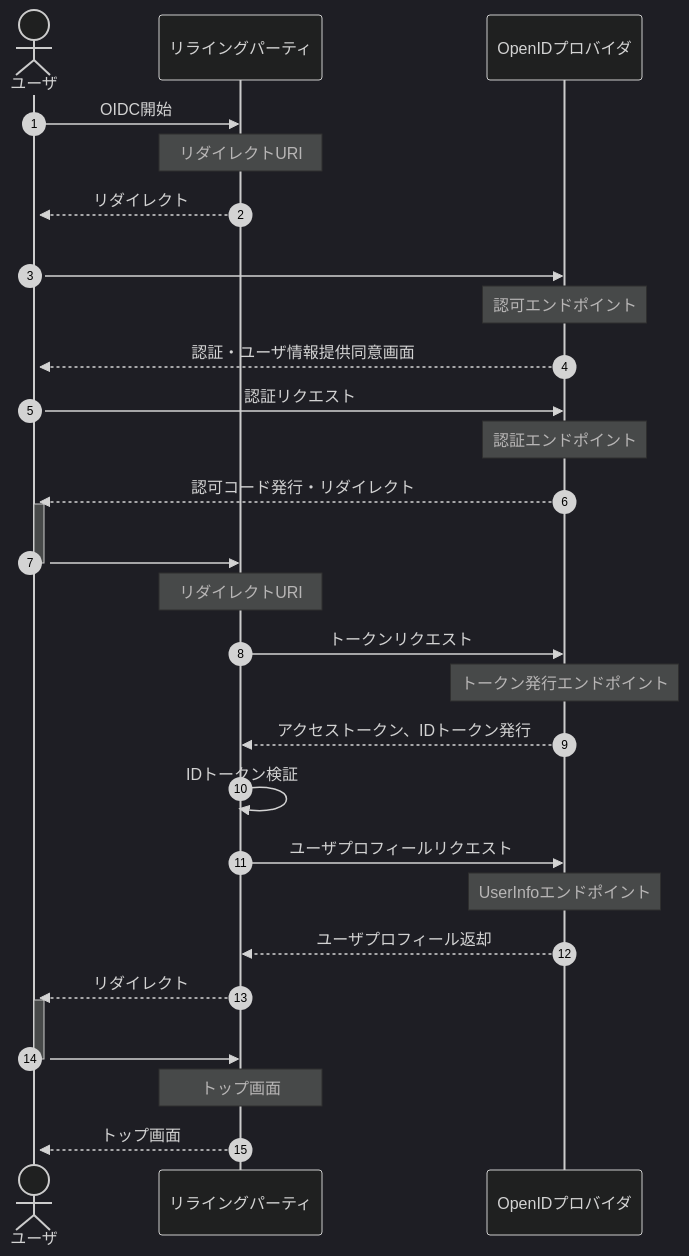
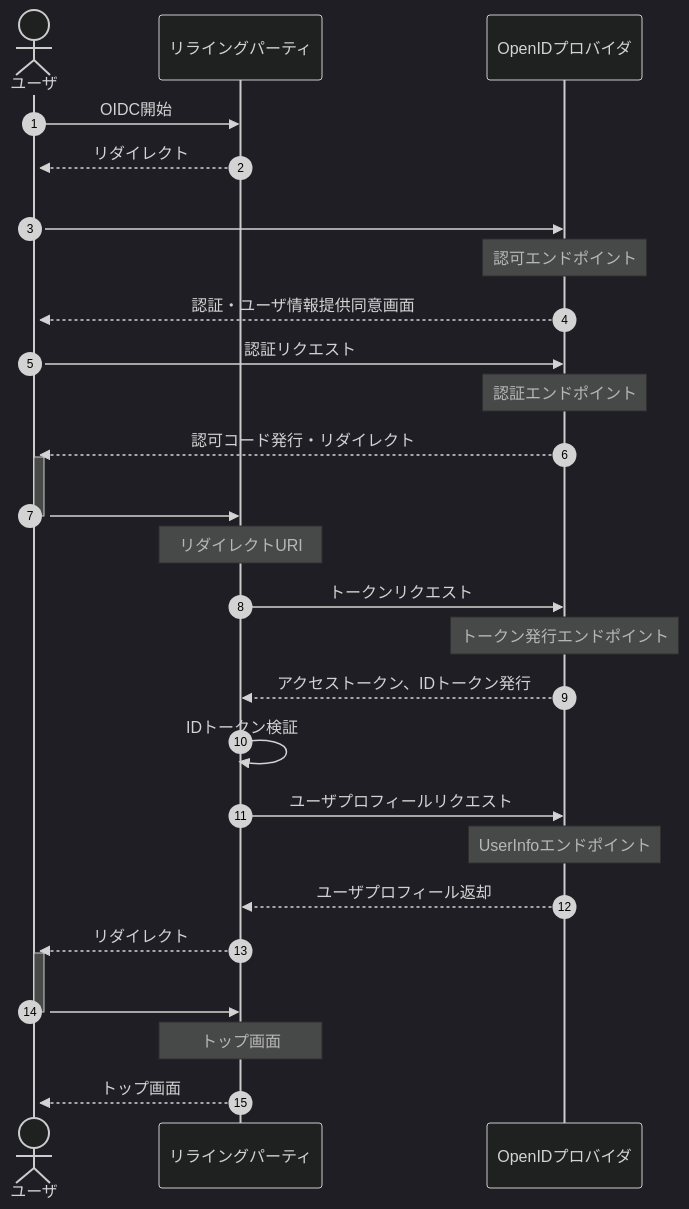
Before and after one commit to nob-islan/nob-openid-connect: the diagram in docs/Business-sequence.md, drawn with Mermaid. The commit also changed 2 other files, not shown here.

Commit message:
不要な記載を削除

````diff
--- a/docs/Business-sequence.md
+++ b/docs/Business-sequence.md
@@ -3,31 +3,30 @@
 ```mermaid
 %%{init:{'theme':'dark'}}%%
 sequenceDiagram
 autonumber
     actor user as ユーザ
     participant relying_party as リライングパーティ
     participant oid_provider as OpenIDプロバイダ
 
     user->>relying_party: OIDC開始
-    Note over relying_party: リダイレクトURI
     relying_party-->>+user: リダイレクト
     user->>oid_provider: <br>
     Note over oid_provider: 認可エンドポイント
     oid_provider-->>user: 認証・ユーザ情報提供同意画面
     user->>oid_provider: 認証リクエスト
     Note over oid_provider: 認証エンドポイント
     oid_provider-->>+user: 認可コード発行・リダイレクト
     user->>-relying_party: <br>
     Note over relying_party: リダイレクトURI
     relying_party->>oid_provider: トークンリクエスト
     Note over oid_provider: トークン発行エンドポイント
     oid_provider-->>relying_party: アクセストークン、IDトークン発行
     relying_party->>relying_party: IDトークン検証
     relying_party->>oid_provider: ユーザプロフィールリクエスト
     Note over oid_provider: UserInfoエンドポイント
     oid_provider-->>relying_party: ユーザプロフィール返却
     relying_party-->>+user: リダイレクト
     user->>-relying_party: <br>
     Note over relying_party: トップ画面
     relying_party-->>+user: トップ画面
 ```
````
